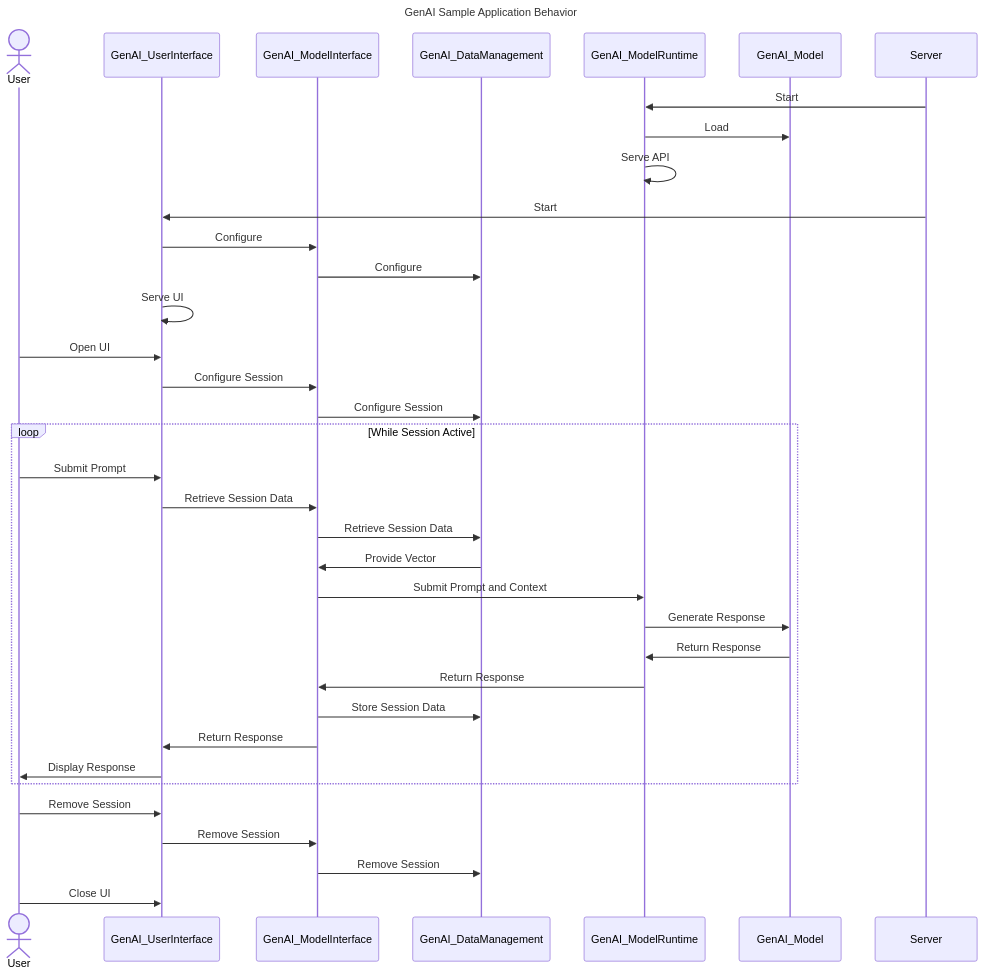
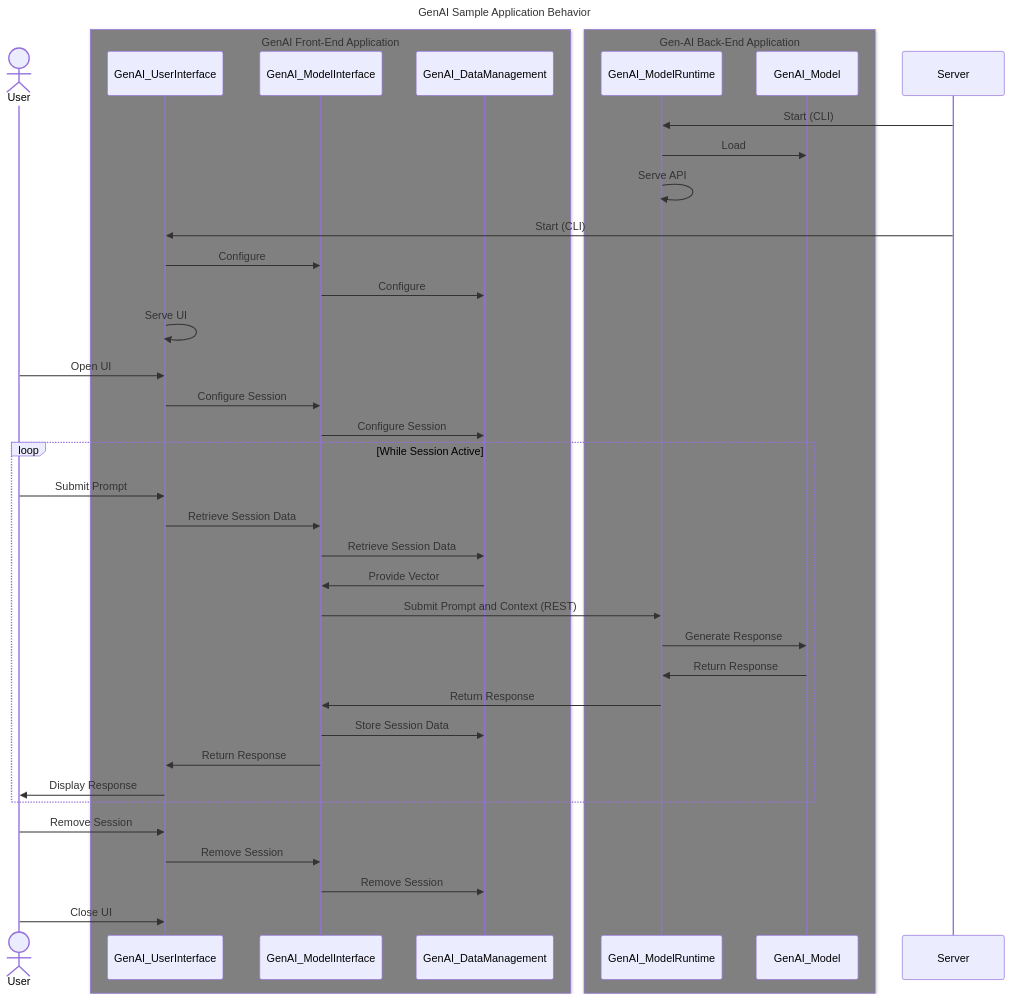
The second of 2 diagrams in ecosystem/readme.md (jondavid-black/AiToolsSandbox), drawn with Mermaid before and after one commit. The commit also changed other lines of this file, not shown here.

Commit message:
tweaked the figures

````diff
--- a/ecosystem/readme.md
+++ b/ecosystem/readme.md
@@ -91,49 +93,53 @@
 ```mermaid
 ---
 title: GenAI Sample Application Behavior
 ---
 sequenceDiagram
     actor User
     
+    box Grey GenAI Front-End Application
     participant GenAI_UserInterface
     participant GenAI_ModelInterface
     participant GenAI_DataManagement
+    end
+    box Grey Gen-AI Back-End Application
     participant GenAI_ModelRuntime
     participant GenAI_Model
+    end
     participant Server
 
     # Start the Runtime and Load the Model
-    Server ->> GenAI_ModelRuntime: Start
+    Server ->> GenAI_ModelRuntime: Start (CLI)
     GenAI_ModelRuntime ->> GenAI_Model: Load
     GenAI_ModelRuntime ->> GenAI_ModelRuntime: Serve API
 
     # Start the User Interface
-    Server ->> GenAI_UserInterface: Start
+    Server ->> GenAI_UserInterface: Start (CLI)
     GenAI_UserInterface ->> GenAI_ModelInterface: Configure
     GenAI_ModelInterface ->> GenAI_DataManagement: Configure
     GenAI_UserInterface ->> GenAI_UserInterface: Serve UI
 
     ## User Interaction
     User ->> GenAI_UserInterface: Open UI
     GenAI_UserInterface ->> GenAI_ModelInterface: Configure Session
     GenAI_ModelInterface ->> GenAI_DataManagement: Configure Session
     loop While Session Active
         User ->> GenAI_UserInterface: Submit Prompt
         GenAI_UserInterface ->> GenAI_ModelInterface: Retrieve Session Data
         GenAI_ModelInterface ->> GenAI_DataManagement: Retrieve Session Data
         GenAI_DataManagement ->> GenAI_ModelInterface: Provide Vector
-        GenAI_ModelInterface ->> GenAI_ModelRuntime: Submit Prompt and Context
+        GenAI_ModelInterface ->> GenAI_ModelRuntime: Submit Prompt and Context (REST)
         GenAI_ModelRuntime ->> GenAI_Model: Generate Response
         GenAI_Model ->> GenAI_ModelRuntime: Return Response
         GenAI_ModelRuntime ->> GenAI_ModelInterface: Return Response
         GenAI_ModelInterface ->> GenAI_DataManagement: Store Session Data
         GenAI_ModelInterface ->> GenAI_UserInterface: Return Response
         GenAI_UserInterface ->> User: Display Response
     end
 
     User ->> GenAI_UserInterface: Remove Session
     GenAI_UserInterface ->> GenAI_ModelInterface: Remove Session
     GenAI_ModelInterface ->> GenAI_DataManagement: Remove Session
     User ->> GenAI_UserInterface: Close UI
 
 ```
````
